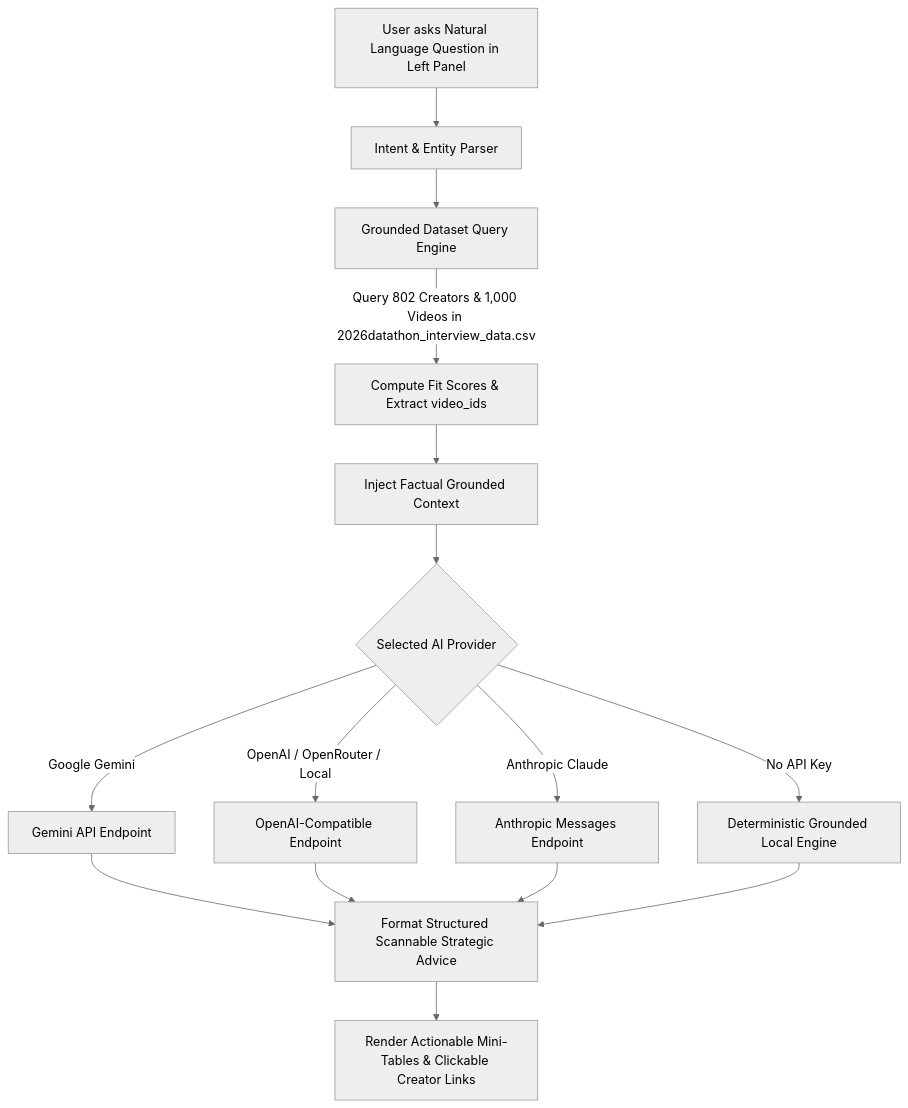
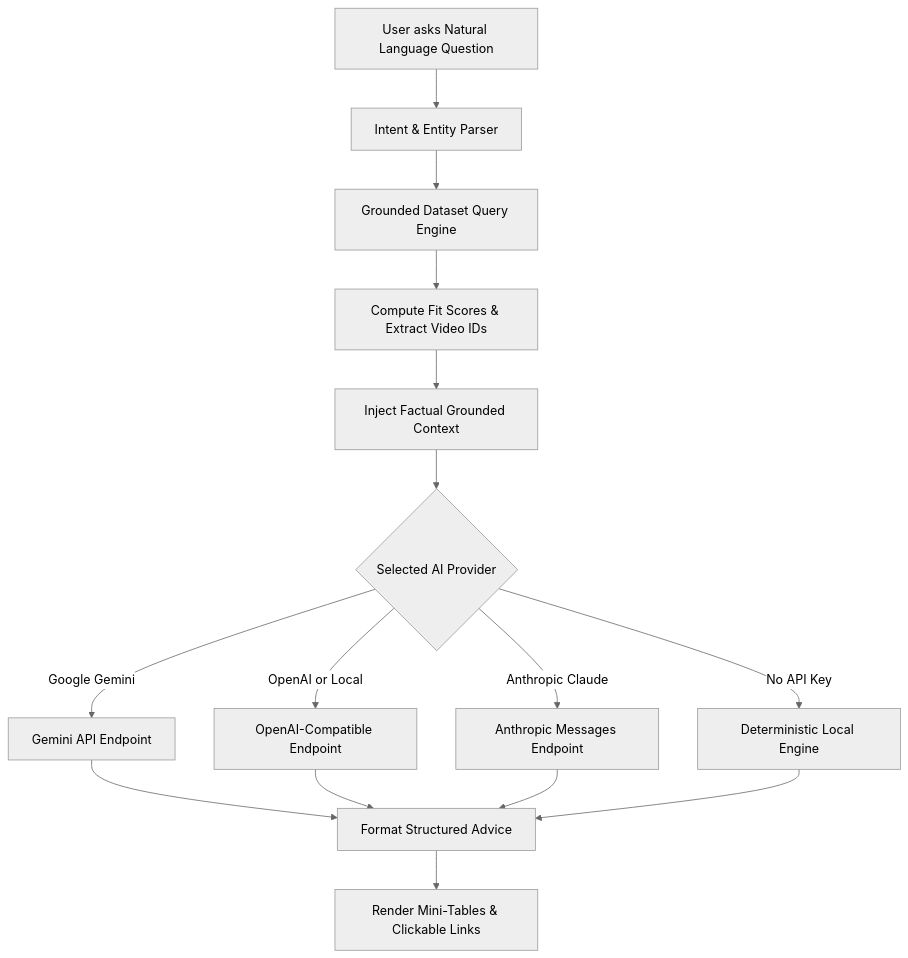
The diagram in README.md (nikkineurons/GHE_Fall_2026), drawn with Mermaid (neutral theme) before and after one commit.

Commit message:
fix(docs): resolve Mermaid syntax error for GitHub Markdown renderer

````diff
--- a/README.md
+++ b/README.md
@@ -61,17 +61,17 @@
 ```mermaid
 flowchart TD
-    A[User asks Natural Language Question in Left Panel] --> B[Intent & Entity Parser]
-    B --> C[Grounded Dataset Query Engine]
-    C -->|Query 802 Creators & 1,000 Videos in 2026datathon_interview_data.csv| D[Compute Fit Scores & Extract video_ids]
-    D --> E[Inject Factual Grounded Context]
-    E --> F{Selected AI Provider}
-    F -->|Google Gemini| G[Gemini API Endpoint]
-    F -->|OpenAI / OpenRouter / Local| H[OpenAI-Compatible Endpoint]
-    F -->|Anthropic Claude| I[Anthropic Messages Endpoint]
-    F -->|No API Key| J[Deterministic Grounded Local Engine]
-    G --> K[Format Structured Scannable Strategic Advice]
+    A["User asks Natural Language Question"] --> B["Intent & Entity Parser"]
+    B --> C["Grounded Dataset Query Engine"]
+    C --> D["Compute Fit Scores & Extract Video IDs"]
+    D --> E["Inject Factual Grounded Context"]
+    E --> F{"Selected AI Provider"}
+    F -->|Google Gemini| G["Gemini API Endpoint"]
+    F -->|OpenAI or Local| H["OpenAI-Compatible Endpoint"]
+    F -->|Anthropic Claude| I["Anthropic Messages Endpoint"]
+    F -->|No API Key| J["Deterministic Local Engine"]
+    G --> K["Format Structured Advice"]
     H --> K
     I --> K
     J --> K
-    K --> L[Render Actionable Mini-Tables & Clickable Creator Links]
+    K --> L["Render Mini-Tables & Clickable Links"]
 ```
````
